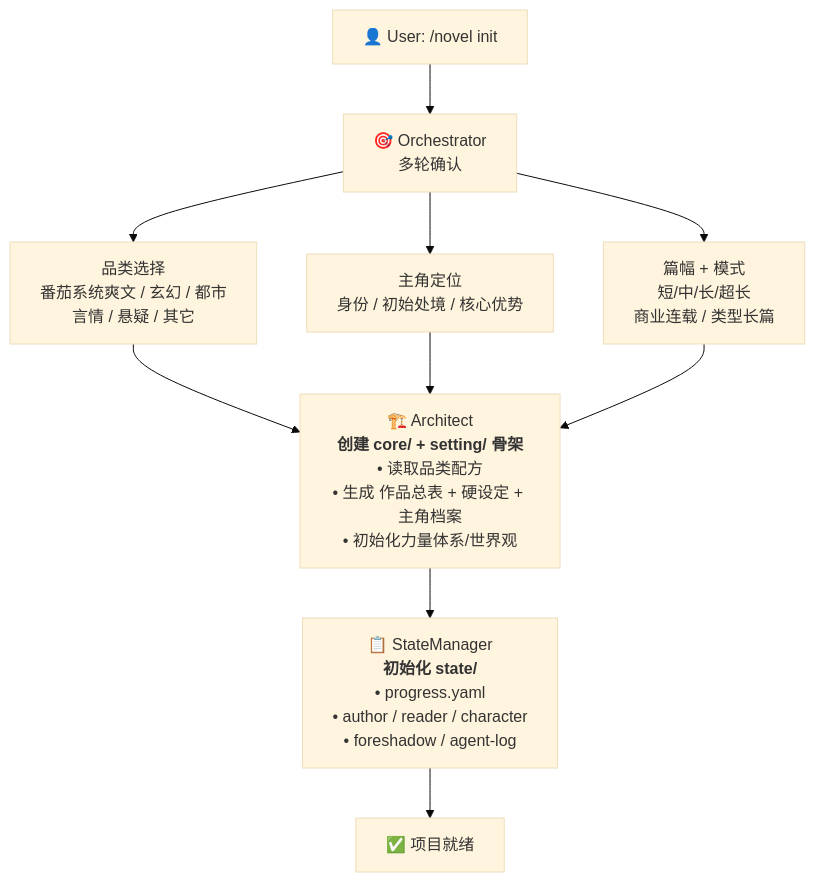
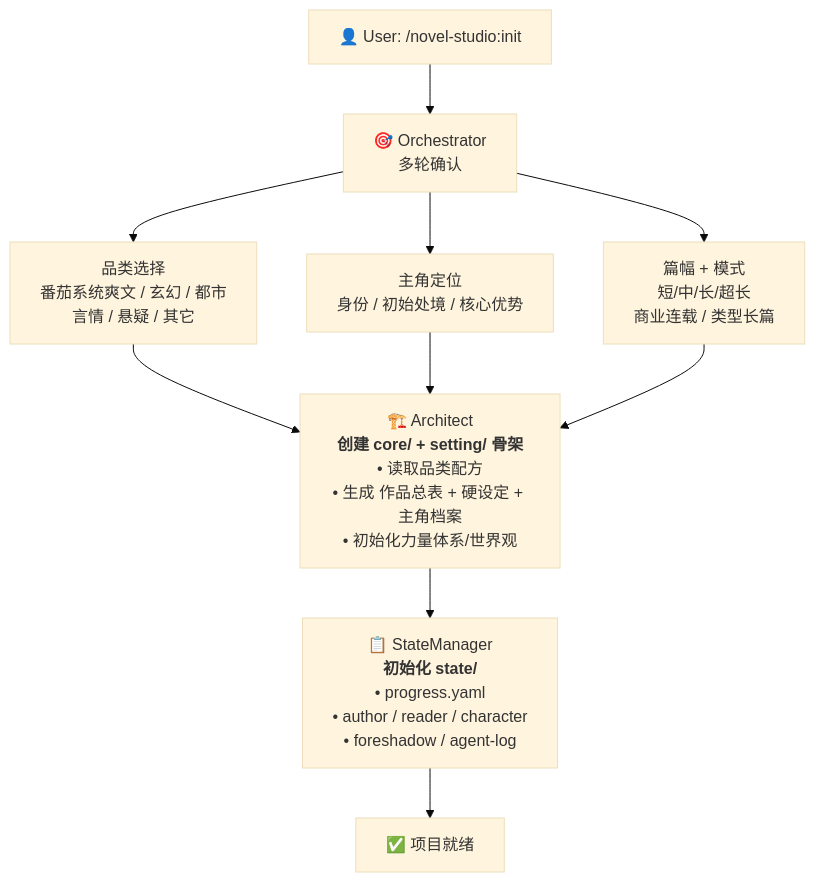
Before and after one commit to deathwhispers/novel-studio: the diagram in workflows/init-project.md, drawn with Mermaid (base theme). The commit also changed other lines of this file and 24 other files, not shown here.

````diff
--- a/workflows/init-project.md
+++ b/workflows/init-project.md
@@ -11,22 +11,22 @@
 ```mermaid
 flowchart TD
-    User["👤 User: /novel init"]
+    User["👤 User: /novel-studio:init"]
     Orchestrator["🎯 Orchestrator<br/>多轮确认"]
 
     User --> Orchestrator
 
     Orchestrator --> Q1["品类选择<br/>番茄系统爽文 / 玄幻 / 都市<br/>言情 / 悬疑 / 其它"]
     Orchestrator --> Q2["主角定位<br/>身份 / 初始处境 / 核心优势"]
     Orchestrator --> Q3["篇幅 + 模式<br/>短/中/长/超长<br/>商业连载 / 类型长篇"]
 
     Q1 --> Architect
     Q2 --> Architect
     Q3 --> Architect
 
     Architect["🏗️ Architect<br/><b>创建 core/ + setting/ 骨架</b><br/>• 读取品类配方<br/>• 生成 作品总表 + 硬设定 + 主角档案<br/>• 初始化力量体系/世界观"]
     StateManager["📋 StateManager<br/><b>初始化 state/</b><br/>• progress.yaml<br/>• author / reader / character<br/>• foreshadow / agent-log"]
     Done["✅ 项目就绪"]
 
     Architect --> StateManager
     StateManager --> Done
 ```
````
